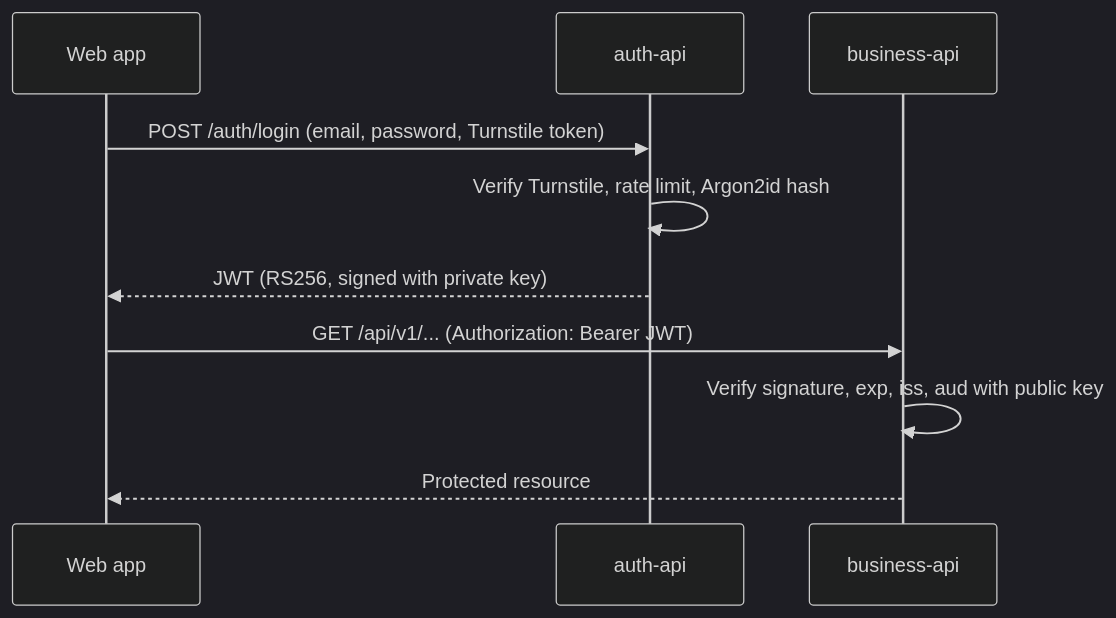
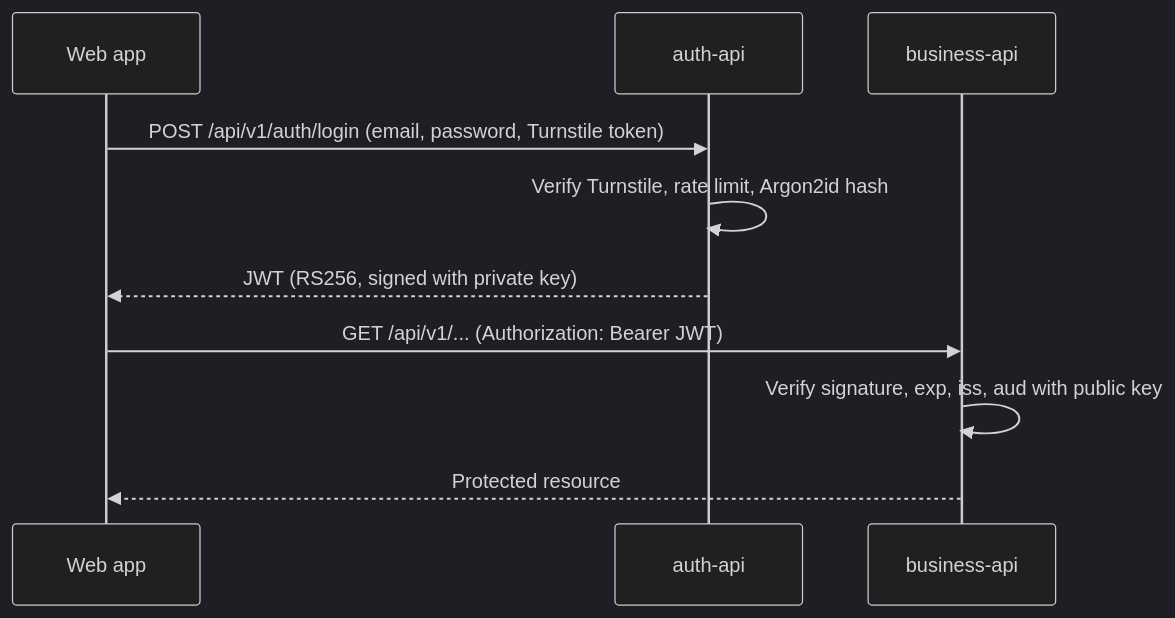
One commit to Zerik-Official/Motorix changed the diagram in docs/en/security.md. Above: the diagram before and after it, drawn with Mermaid (dark theme). The commit also changed 1 other file, not shown here.

Commit message:
docs(security): use the versioned login route in the authentication flow

````diff
--- a/docs/en/security.md
+++ b/docs/en/security.md
@@ -5,13 +5,13 @@
 ```mermaid
 sequenceDiagram
     participant W as Web app
     participant A as auth-api
     participant B as business-api
 
-    W->>A: POST /auth/login (email, password, Turnstile token)
+    W->>A: POST /api/v1/auth/login (email, password, Turnstile token)
     A->>A: Verify Turnstile, rate limit, Argon2id hash
     A-->>W: JWT (RS256, signed with private key)
     W->>B: GET /api/v1/... (Authorization: Bearer JWT)
     B->>B: Verify signature, exp, iss, aud with public key
     B-->>W: Protected resource
 ```
````
